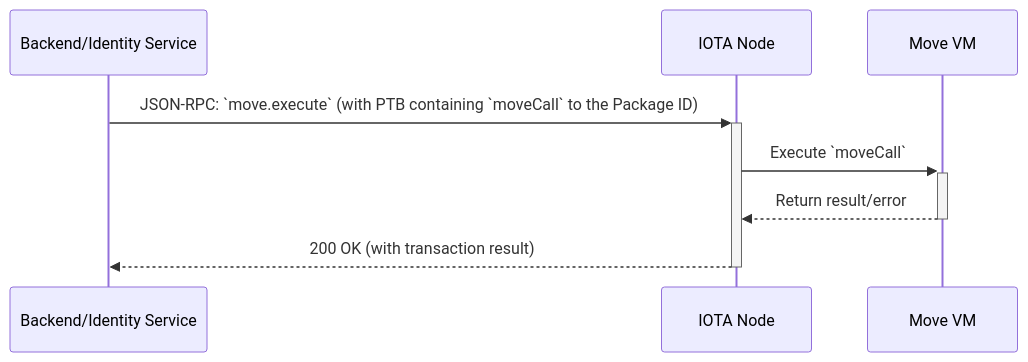
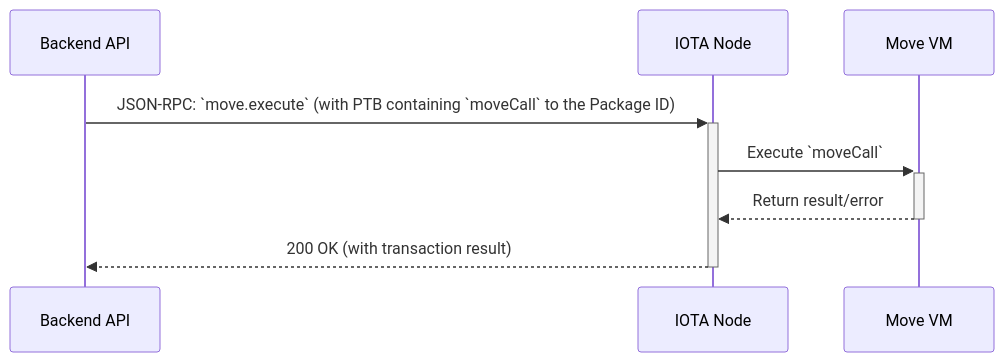
The fourth of 4 diagrams in 05_Move_Smart_Contracts.md (theweboftrust/wot.id-public-docs), drawn with Mermaid before and after one commit. The commit also changed other lines of this file, not shown here.

````diff
--- a/05_Move_Smart_Contracts.md
+++ b/05_Move_Smart_Contracts.md
@@ -1117,11 +1117,11 @@
 ```mermaid
 sequenceDiagram
-    participant Service as Backend/Identity Service
+    participant Service as Backend API
     participant Node as IOTA Node
     participant VM as Move VM
 
     Service->>+Node: JSON-RPC: `move.execute` (with PTB containing `moveCall` to the Package ID)
     Node->>+VM: Execute `moveCall`
     VM-->>-Node: Return result/error
     Node-->>-Service: 200 OK (with transaction result)
 ```
````
